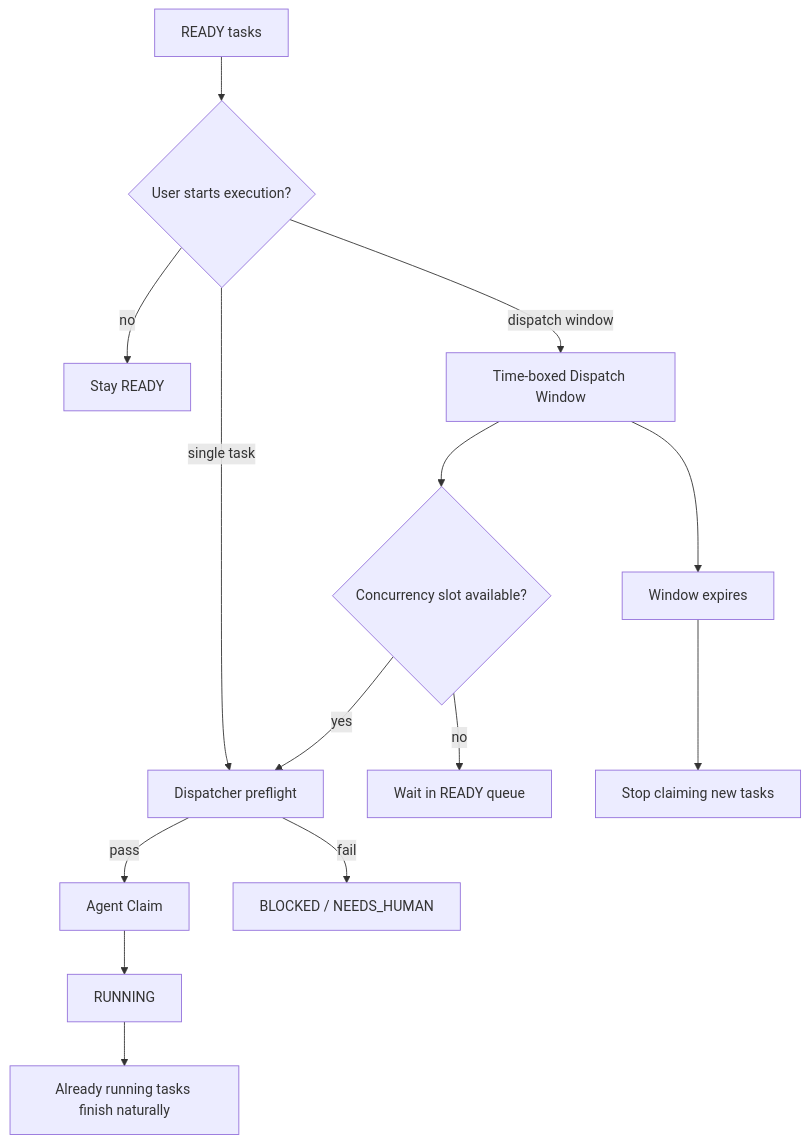
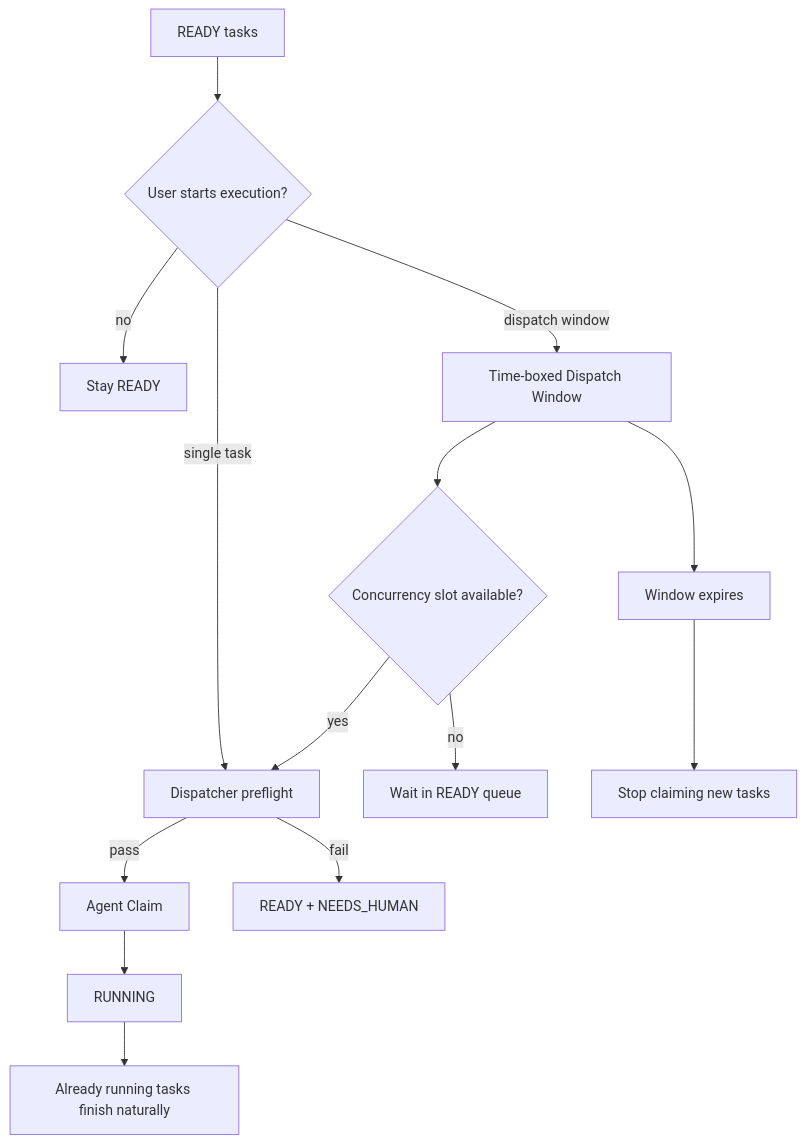
The sixth of 14 diagrams in docs/grimo/PRD.md (samzhu/grimoAPP), drawn with Mermaid before and after one commit. The commit also changed other lines of this file and 30 other files, not shown here.

````diff
--- a/docs/grimo/PRD.md
+++ b/docs/grimo/PRD.md
@@ -199,16 +200,16 @@
 ```mermaid
 flowchart TD
   Ready["READY tasks"] --> Start{"User starts execution?"}
   Start -- "no" --> Stay["Stay READY"]
   Start -- "single task" --> Preflight["Dispatcher preflight"]
   Start -- "dispatch window" --> Window["Time-boxed Dispatch Window"]
   Window --> Capacity{"Concurrency slot available?"}
   Capacity -- "no" --> Queue["Wait in READY queue"]
   Capacity -- "yes" --> Preflight
   Preflight -- "pass" --> Claim["Agent Claim"]
-  Preflight -- "fail" --> Blocked["BLOCKED / NEEDS_HUMAN"]
+  Preflight -- "fail" --> ReadyRepair["READY + NEEDS_HUMAN"]
   Claim --> Running["RUNNING"]
   Window --> Expire["Window expires"]
   Expire --> Stop["Stop claiming new tasks"]
   Running --> Finish["Already running tasks finish naturally"]
 ```
````
